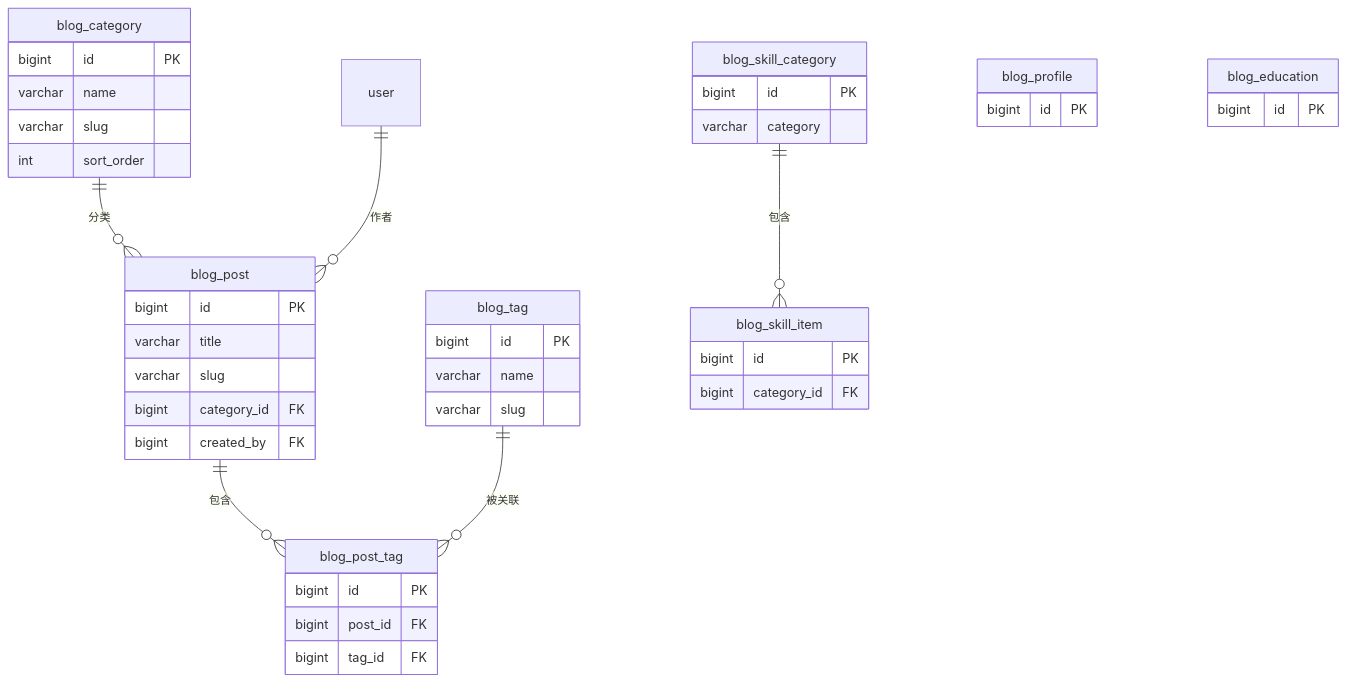
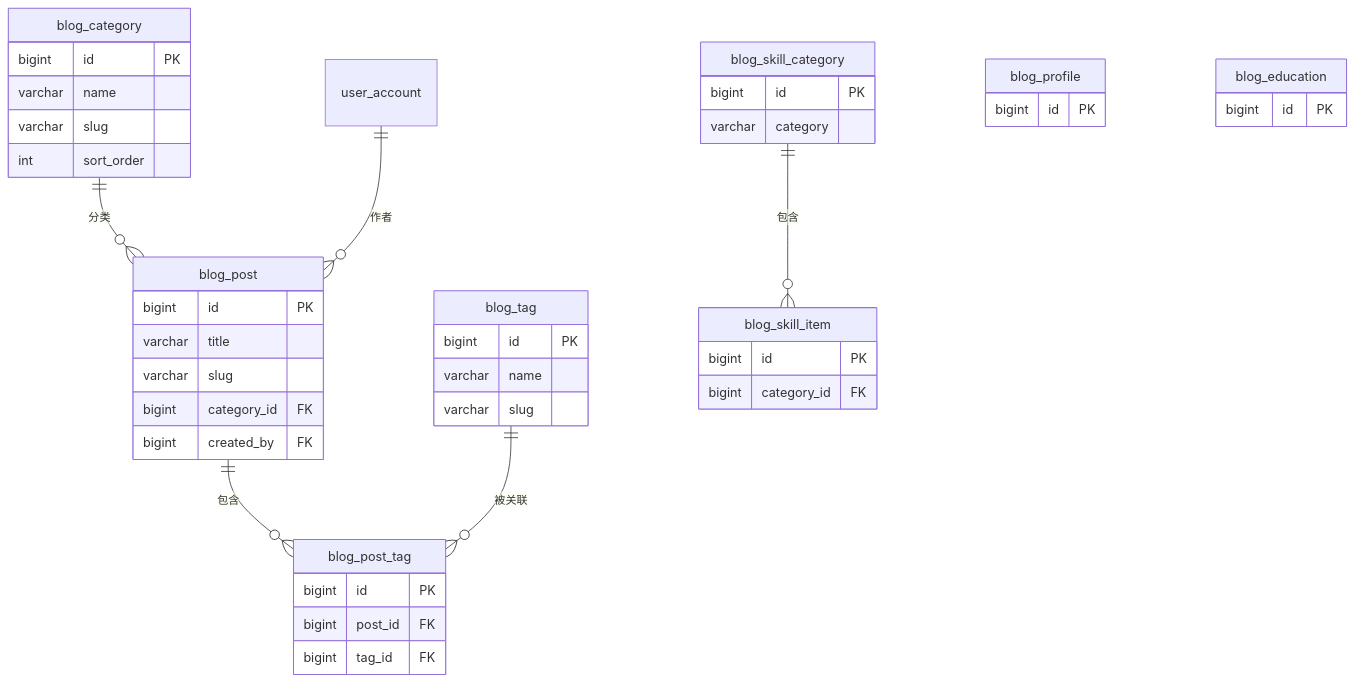
One commit to slnt23/Constellation changed the diagram in .docs/plans/mango-blog-module-plan.md. Above: the diagram before and after it, drawn with Mermaid. The commit also changed other lines of this file and 33 other files, not shown here.

````diff
--- a/.docs/plans/mango-blog-module-plan.md
+++ b/.docs/plans/mango-blog-module-plan.md
@@ -63,46 +63,46 @@
 ```mermaid
 erDiagram
     blog_category ||--o{ blog_post : "分类"
-    user ||--o{ blog_post : "作者"
+user_account ||--o{ blog_post : "作者"
     blog_post ||--o{ blog_post_tag : "包含"
     blog_tag ||--o{ blog_post_tag : "被关联"
     blog_skill_category ||--o{ blog_skill_item : "包含"
 
     blog_category {
         bigint id PK
         varchar name
         varchar slug
         int sort_order
     }
     blog_tag {
         bigint id PK
         varchar name
         varchar slug
     }
     blog_post {
         bigint id PK
         varchar title
         varchar slug
         bigint category_id FK
         bigint created_by FK
     }
     blog_post_tag {
         bigint id PK
         bigint post_id FK
         bigint tag_id FK
     }
     blog_profile {
         bigint id PK
     }
     blog_education {
         bigint id PK
     }
     blog_skill_category {
         bigint id PK
         varchar category
     }
     blog_skill_item {
         bigint id PK
         bigint category_id FK
     }
 ```
````
